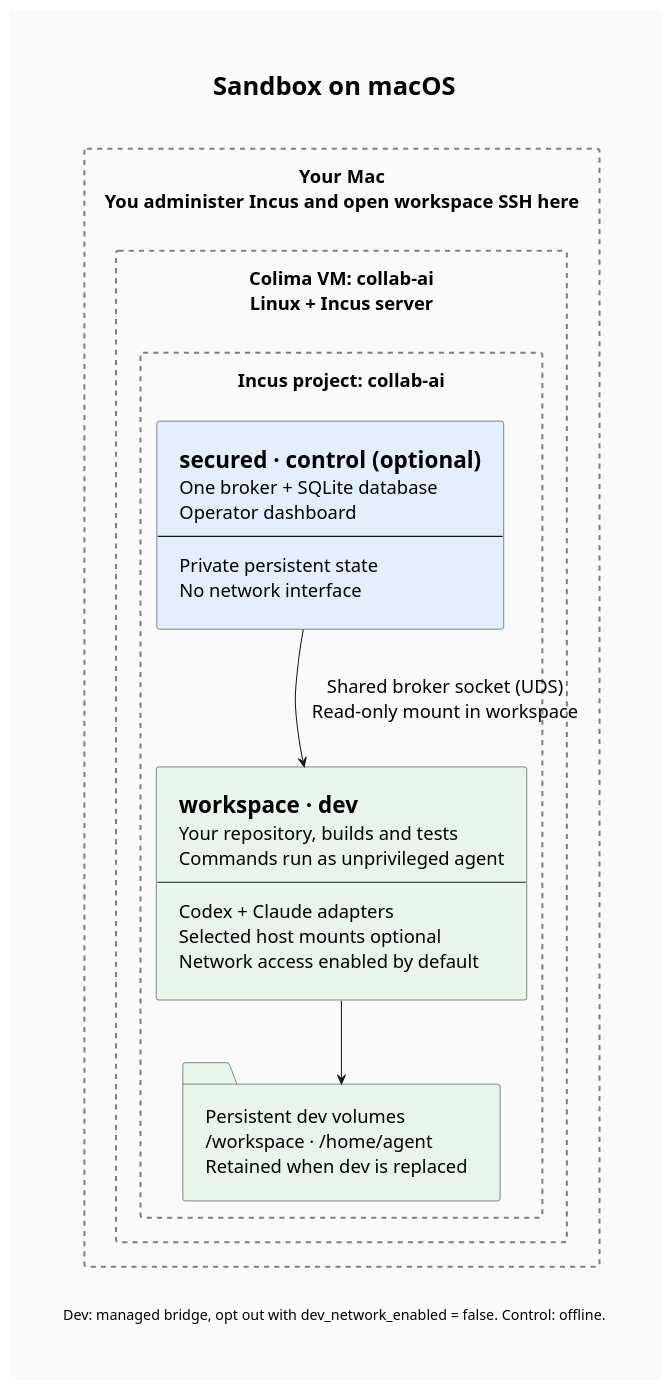
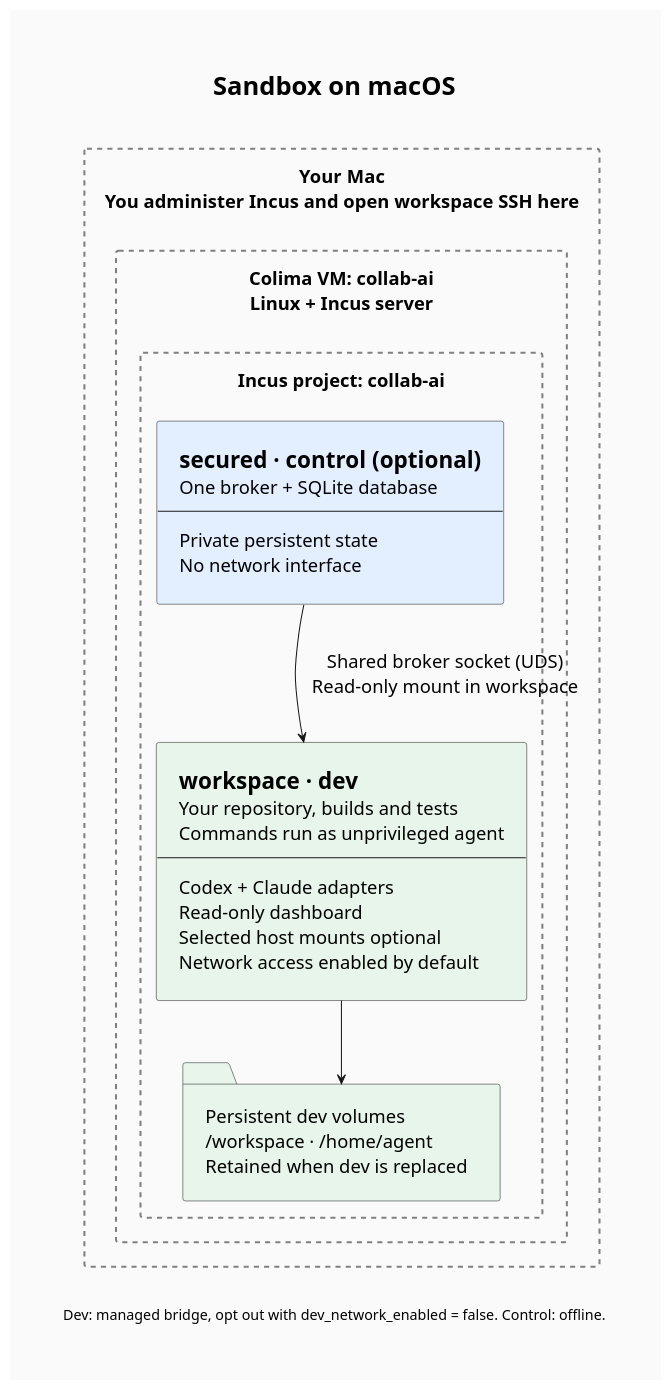
One commit to makarski/collab-ai changed the diagram in docs/assets/sandbox-macos.puml. Above: the diagram before and after it, drawn with PlantUML. The commit also changed 9 other files, not shown here.

```diff
--- a/docs/assets/sandbox-macos.puml
+++ b/docs/assets/sandbox-macos.puml
@@ -1,66 +1,66 @@
 @startuml sandbox-macos
 ' Render from the repository root:
 ' plantuml -tsvg -nometadata docs/assets/sandbox-macos.puml
 
 title Sandbox on macOS
 
 <style>
 title {
     FontSize 25
 }
 document {
     Margin 20
     BackgroundColor #fafafa
 }
 rectangle {
     LineStyle 5
     LineColor #grey
     LineThickness 2
 }
 .Workspace {
     BackgroundColor #e7f5eb
 }
 .Secured {
     BackgroundColor #e3efff
 }
 </style>
 
 hide stereotype
 skinparam {
     backgroundColor #fafafa
     shadowing false
     componentStyle rectangle
     defaultFontSize 18
     padding 12
 }
 
 rectangle "Your Mac\nYou administer Incus and open workspace SSH here" as Mac {
     rectangle "Colima VM: collab-ai\nLinux + Incus server" as VM {
 rectangle "Incus project: collab-ai" as Project {
     component Secured <<Secured>> [
         =secured · control (optional)
         One broker + SQLite database
-        Operator dashboard
         --
         Private persistent state
         No network interface
     ]
     component Workspace <<Workspace>> [
         =workspace · dev
         Your repository, builds and tests
         Commands run as unprivileged agent
         --
         Codex + Claude adapters
+        Read-only dashboard
         Selected host mounts optional
         Network access enabled by default
     ]
     folder "Persistent dev volumes\n/workspace · /home/agent\nRetained when dev is replaced" as Data <<Workspace>>
     Workspace -down-> Data
 }
     }
 Secured -down-> Workspace : Shared broker socket (UDS)\nRead-only mount in workspace
 }
 
 caption Dev: managed bridge, opt out with dev_network_enabled = false. Control: offline.
 
 @enduml
```
